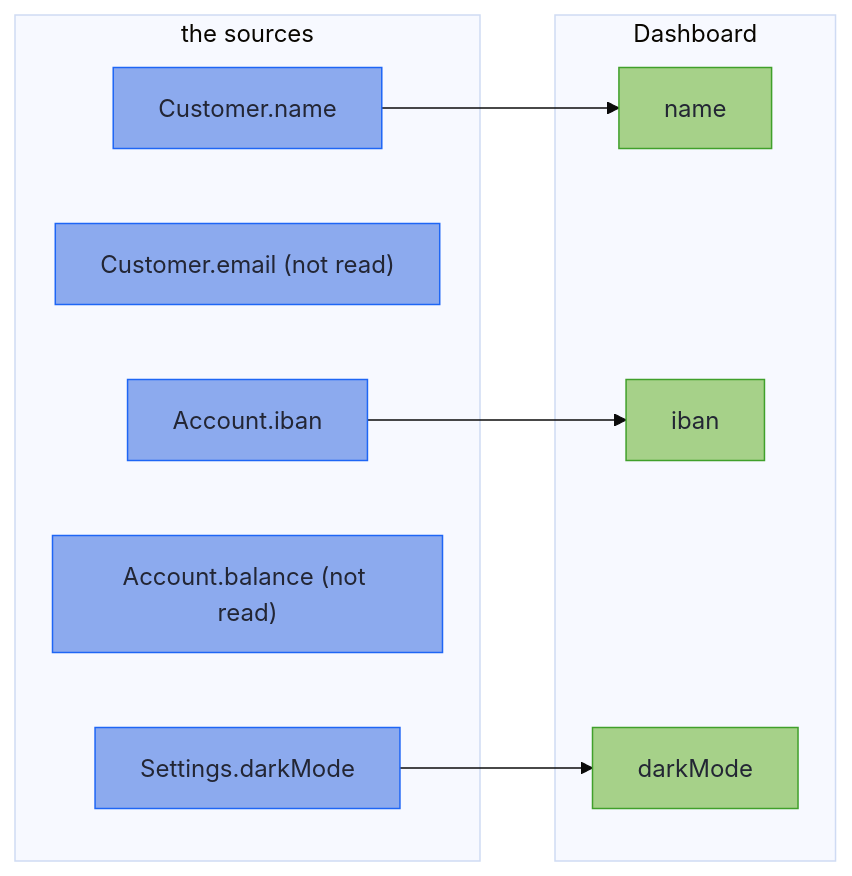
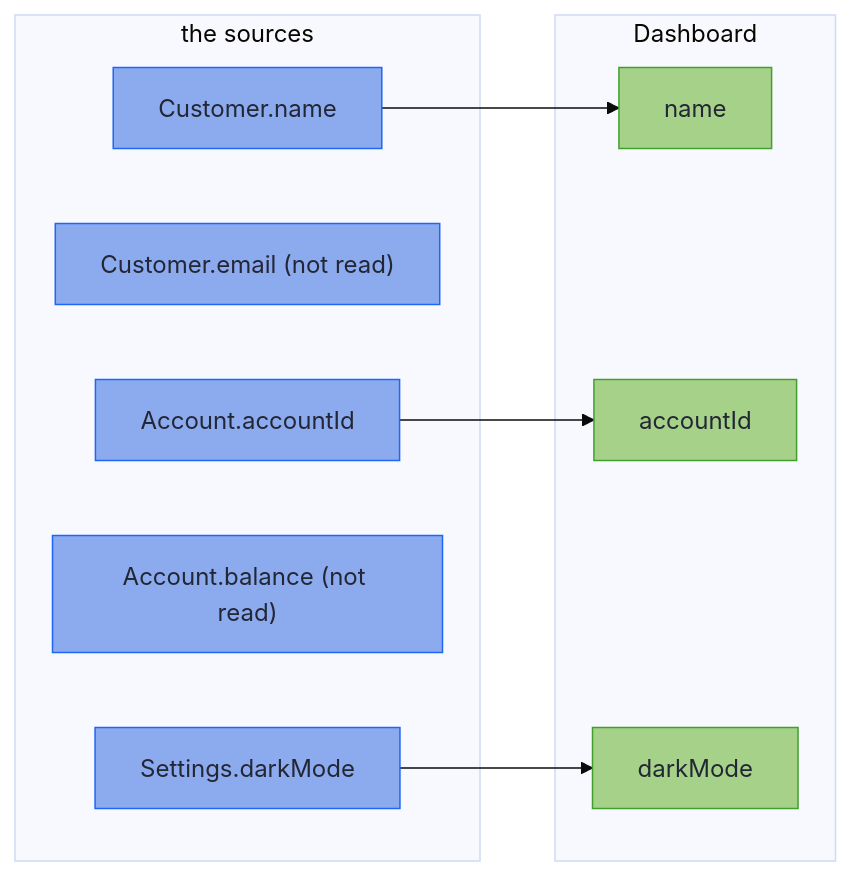
One commit to higher-kinded-j/higher-kinded-j changed the diagram in hkj-book/src/mapping/merge_envelopes.md. Above: the diagram before and after it, drawn with Mermaid (base theme). The commit also changed other lines of this file and 212 other files, not shown here.

````diff
--- a/hkj-book/src/mapping/merge_envelopes.md
+++ b/hkj-book/src/mapping/merge_envelopes.md
@@ -26,25 +26,25 @@
 ```mermaid
 flowchart LR
     accTitle: How a merge fills
-    accDescr: Dashboard's name fills from Customer's name, its iban from Account's iban, and its darkMode from Settings' darkMode. Customer's email and Account's balance are not read.
+    accDescr: Dashboard's name fills from Customer's name, its accountId from Account's accountId, and its darkMode from Settings' darkMode. Customer's email and Account's balance are not read.
     subgraph S["the sources"]
         CN["Customer.name"]
         CE["Customer.email (not read)"]
-        AI["Account.iban"]
+        AI["Account.accountId"]
         AB["Account.balance (not read)"]
         SD["Settings.darkMode"]
     end
     subgraph T["Dashboard"]
         TN["name"]
-        TI["iban"]
+        TI["accountId"]
         TD["darkMode"]
     end
     CN --> TN
     AI --> TI
     SD --> TD
 
     classDef wire fill:#8caaee,stroke:#1e66f5,color:#232634
     classDef domain fill:#a6d189,stroke:#40a02b,color:#232634
     class CN,CE,AI,AB,SD wire
     class TN,TI,TD domain
 ```
````
